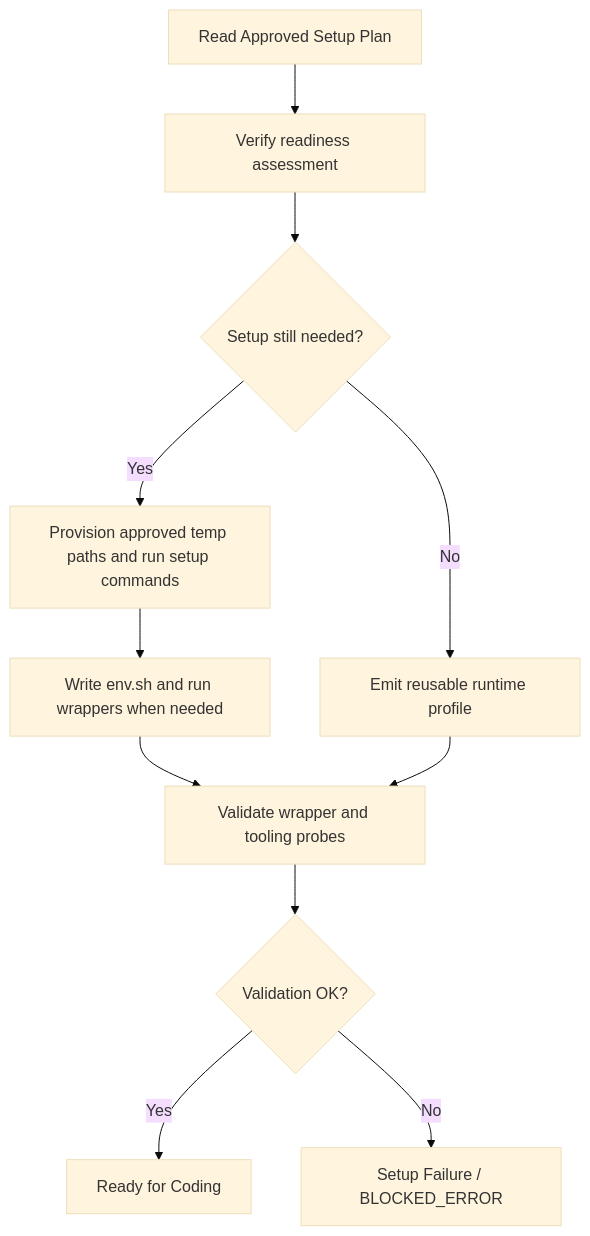
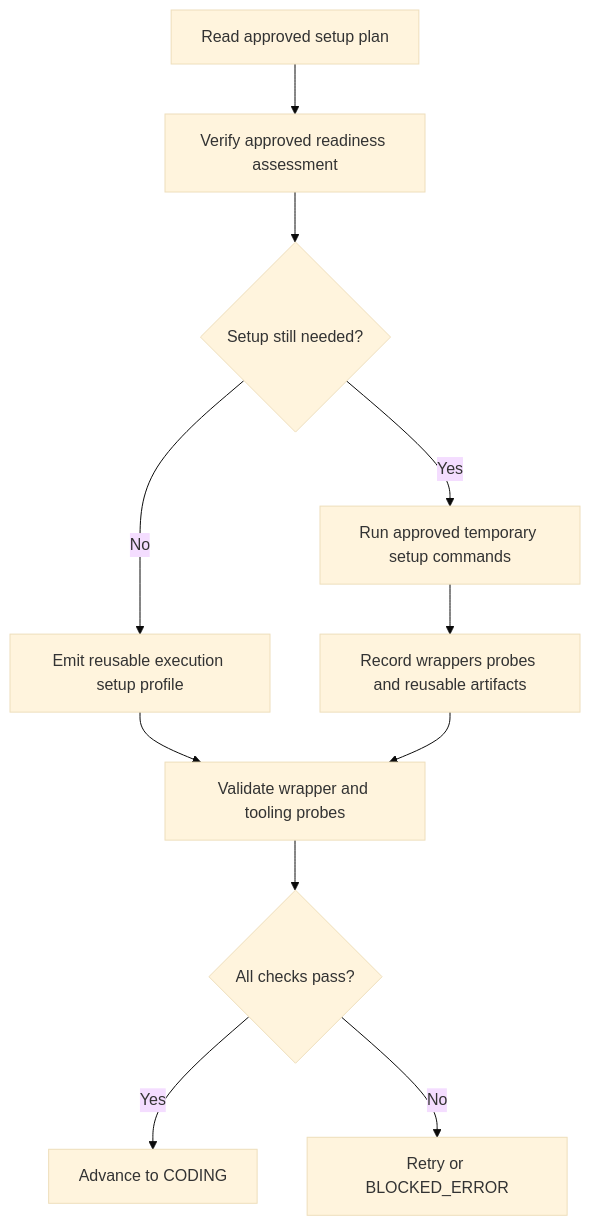
The diagram in docs/pre-implementation.md (antclt/LoopTroop), drawn with Mermaid (base theme) before and after one commit. The commit also changed other lines of this file and 2 other files, not shown here.

Commit message:
docs: update changelog and documentation for Beads & Execution, Pre-Implementation, and related workflows to reflect recent changes in approval, setup, and runtime processes

````diff
--- a/docs/pre-implementation.md
+++ b/docs/pre-implementation.md
@@ -81,13 +106,13 @@
 ```mermaid
 flowchart TD
-    A[Read Approved Setup Plan] --> B[Verify readiness assessment]
+    A[Read approved setup plan] --> B[Verify approved readiness assessment]
     B --> C{Setup still needed?}
-    C -- Yes --> D[Provision approved temp paths and run setup commands]
-    C -- No --> E[Emit reusable runtime profile]
-    D --> F[Write env.sh and run wrappers when needed]
-    F --> G[Validate wrapper and tooling probes]
-    E --> G
-    G --> H{Validation OK?}
-    H -- Yes --> I[Ready for Coding]
-    H -- No --> J[Setup Failure / BLOCKED_ERROR]
+    C -- No --> D[Emit reusable execution setup profile]
+    C -- Yes --> E[Run approved temporary setup commands]
+    E --> F[Record wrappers probes and reusable artifacts]
+    D --> G[Validate wrapper and tooling probes]
+    F --> G
+    G --> H{All checks pass?}
+    H -- Yes --> I[Advance to CODING]
+    H -- No --> J[Retry or BLOCKED_ERROR]
 ```
````
